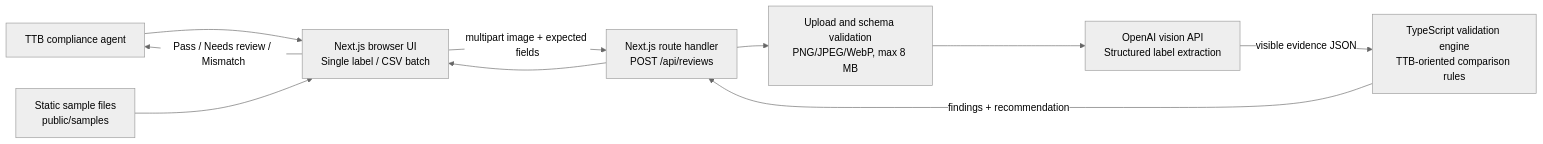
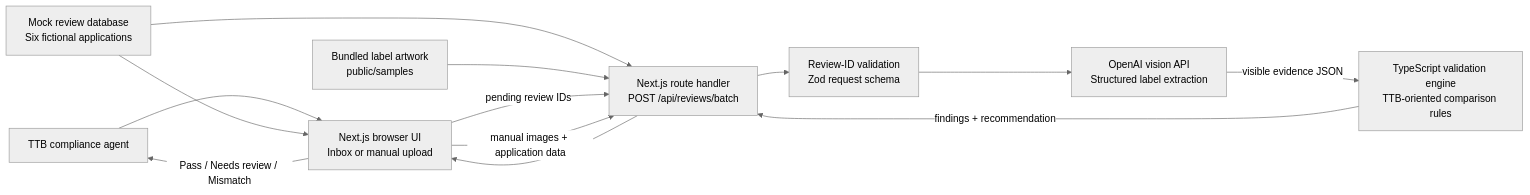
Before and after one commit to jaknock/janak-khadka-federal-build-challange: the diagram in docs/ARCHITECTURE.md, drawn with Mermaid (neutral theme). The commit also changed other lines of this file and 19 other files, not shown here.

Commit message:
Extract data from the mock database and added mock notifications service

````diff
--- a/docs/ARCHITECTURE.md
+++ b/docs/ARCHITECTURE.md
@@ -10,20 +11,24 @@
 ```mermaid
 flowchart LR
     Agent[TTB compliance agent]
-    Browser[Next.js browser UI\nSingle label / CSV batch]
-    Samples[Static sample files\npublic/samples]
-    API[Next.js route handler\nPOST /api/reviews]
-    Guard[Upload and schema validation\nPNG/JPEG/WebP, max 8 MB]
+    Browser[Next.js browser UI\nInbox or manual upload]
+    Queue[Mock review database\nSix fictional applications]
+    Samples[Bundled label artwork\npublic/samples]
+    API[Next.js route handler\nPOST /api/reviews/batch]
+    Guard[Review-ID validation\nZod request schema]
     Vision[OpenAI vision API\nStructured label extraction]
     Rules[TypeScript validation engine\nTTB-oriented comparison rules]
 
     Agent --> Browser
-    Samples --> Browser
-    Browser -->|multipart image + expected fields| API
+    Queue --> Browser
+    Queue --> API
+    Samples --> API
+    Browser -->|pending review IDs| API
+    Browser -->|manual images + application data| API
     API --> Guard
     Guard --> Vision
     Vision -->|visible evidence JSON| Rules
     Rules -->|findings + recommendation| API
     API --> Browser
     Browser -->|Pass / Needs review / Mismatch| Agent
 ```
````
